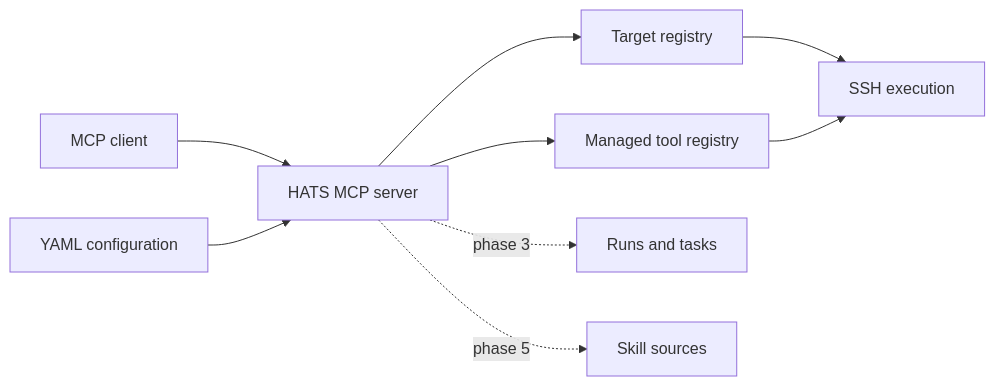
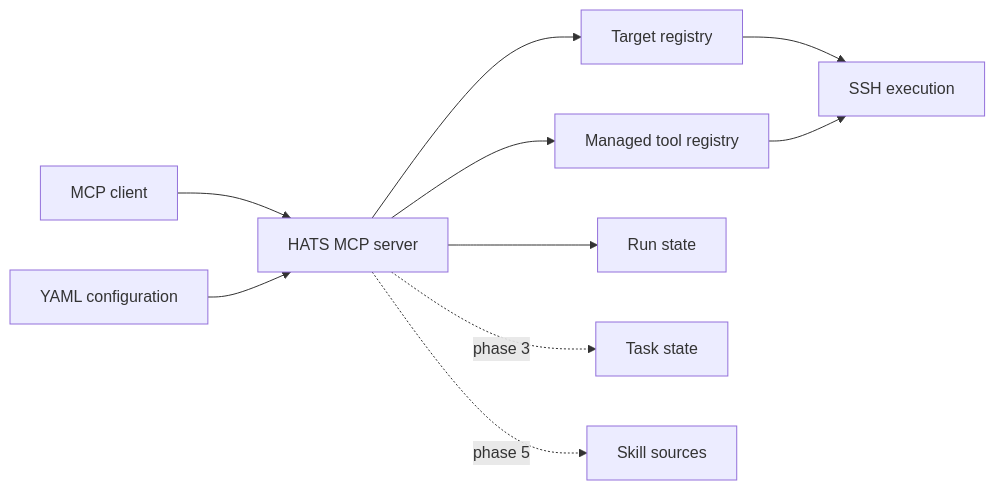
One commit to X1pheR/hypershell-reach changed the first of 4 diagrams in docs/architecture.md. Above: the diagram before and after it, drawn with Mermaid. The commit also changed 12 other files, not shown here.

````diff
--- a/docs/architecture.md
+++ b/docs/architecture.md
@@ -7,11 +7,12 @@
 ```mermaid
 flowchart LR
     Client[MCP client] --> Server[HATS MCP server]
     Config[YAML configuration] --> Server
     Server --> Targets[Target registry]
     Server --> Tools[Managed tool registry]
     Targets --> SSH[SSH execution]
     Tools --> SSH
-    Server -. phase 3 .-> State[Runs and tasks]
+    Server --> Runs[Run state]
+    Server -. phase 3 .-> Tasks[Task state]
     Server -. phase 5 .-> Skills[Skill sources]
 ```
````
